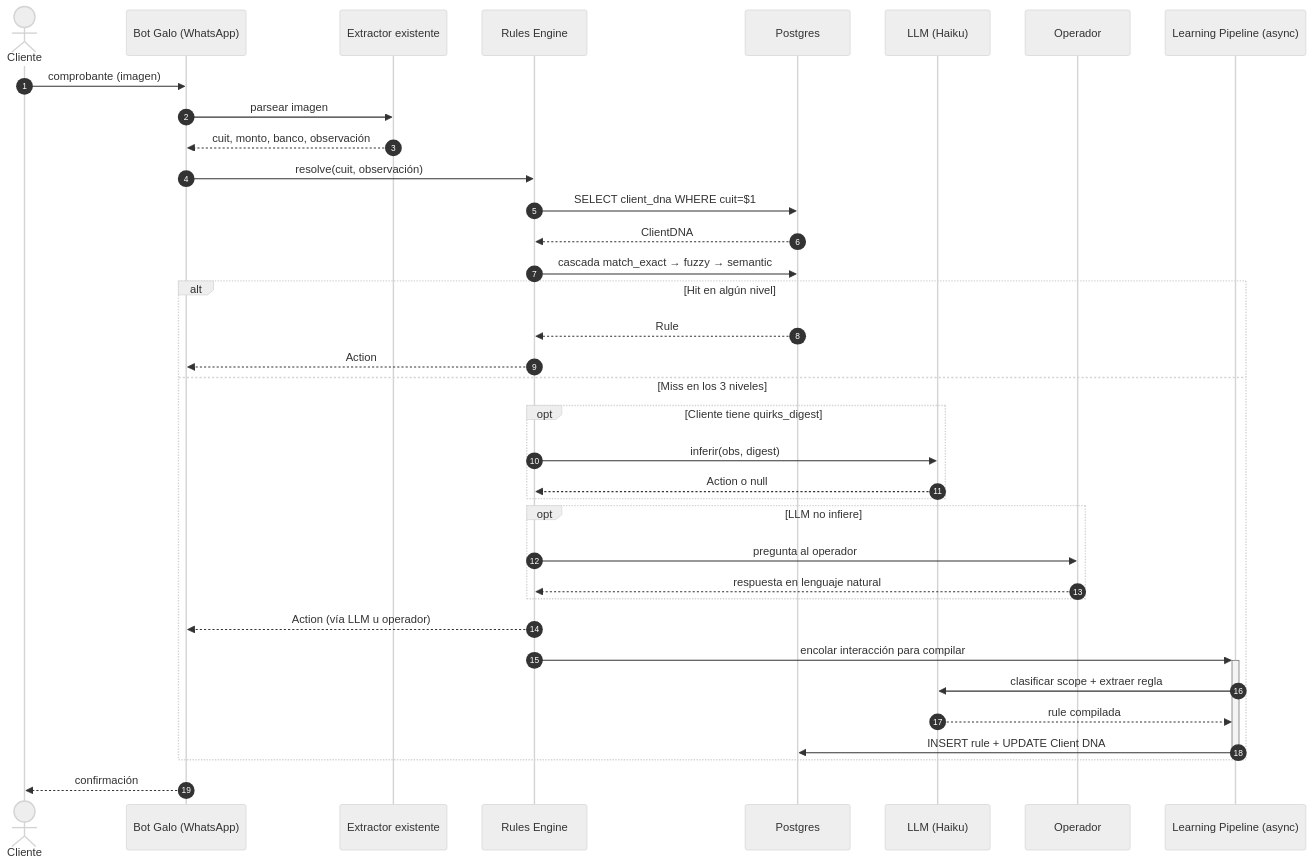
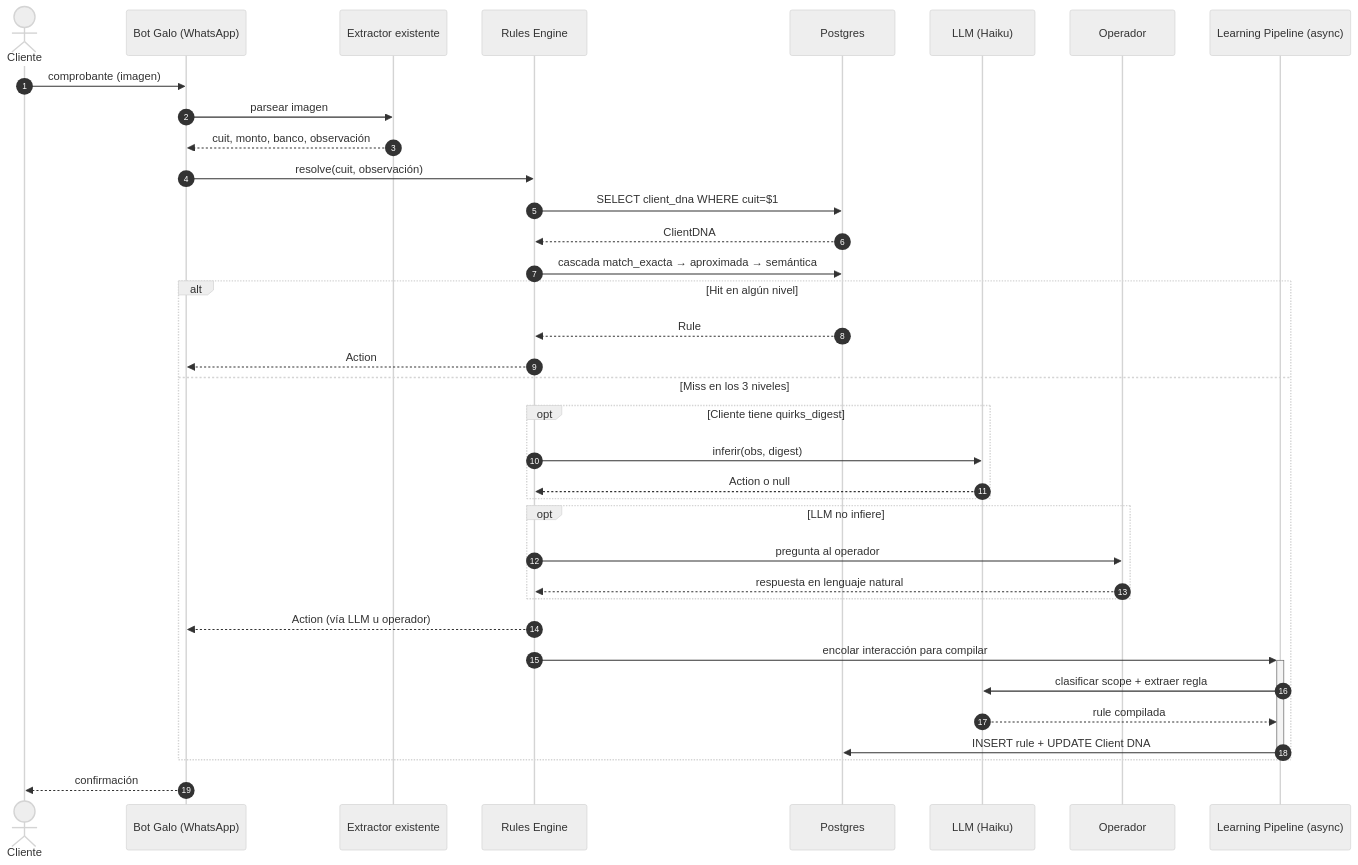
The third of 7 diagrams in submissions/agusting22-compiled-intelligence/ARCHITECTURE.md (fpesce27/workshop-challenge), drawn with Mermaid (neutral theme) before and after one commit. The commit also changed other lines of this file and 2 other files, not shown here.

````diff
--- a/submissions/agusting22-compiled-intelligence/ARCHITECTURE.md
+++ b/submissions/agusting22-compiled-intelligence/ARCHITECTURE.md
@@ -244,40 +244,40 @@
 ```mermaid
 sequenceDiagram
     autonumber
     actor C as Cliente
     participant W as Bot Galo (WhatsApp)
     participant E as Extractor existente
     participant R as Rules Engine
     participant DB as Postgres
     participant L as LLM (Haiku)
     participant O as Operador
     participant P as Learning Pipeline (async)
 
     C->>W: comprobante (imagen)
     W->>E: parsear imagen
     E-->>W: cuit, monto, banco, observación
     W->>R: resolve(cuit, observación)
     R->>DB: SELECT client_dna WHERE cuit=$1
     DB-->>R: ClientDNA
-    R->>DB: cascada match_exact → fuzzy → semantic
+    R->>DB: cascada match_exacta → aproximada → semántica
     alt Hit en algún nivel
         DB-->>R: Rule
         R-->>W: Action
     else Miss en los 3 niveles
         opt Cliente tiene quirks_digest
             R->>L: inferir(obs, digest)
             L-->>R: Action o null
         end
         opt LLM no infiere
             R->>O: pregunta al operador
             O-->>R: respuesta en lenguaje natural
         end
         R-->>W: Action (vía LLM u operador)
         R->>+P: encolar interacción para compilar
         P->>L: clasificar scope + extraer regla
         L-->>P: rule compilada
         P->>DB: INSERT rule + UPDATE Client DNA
         deactivate P
     end
     W-->>C: confirmación
 ```
````
